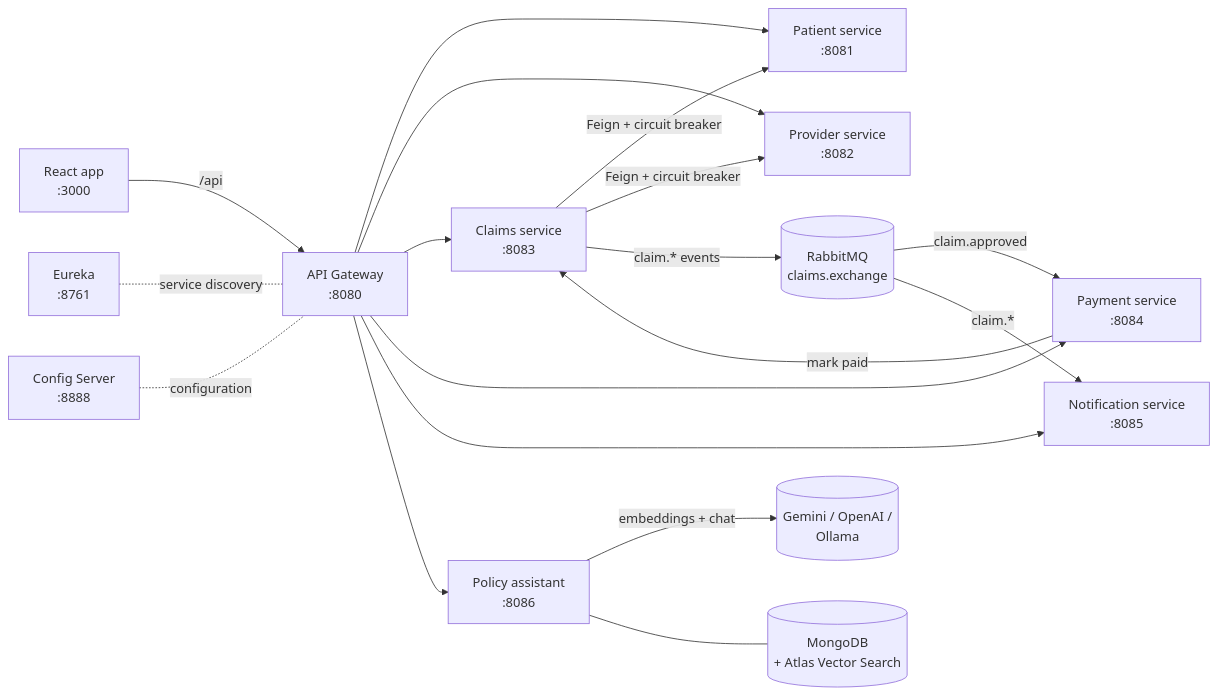
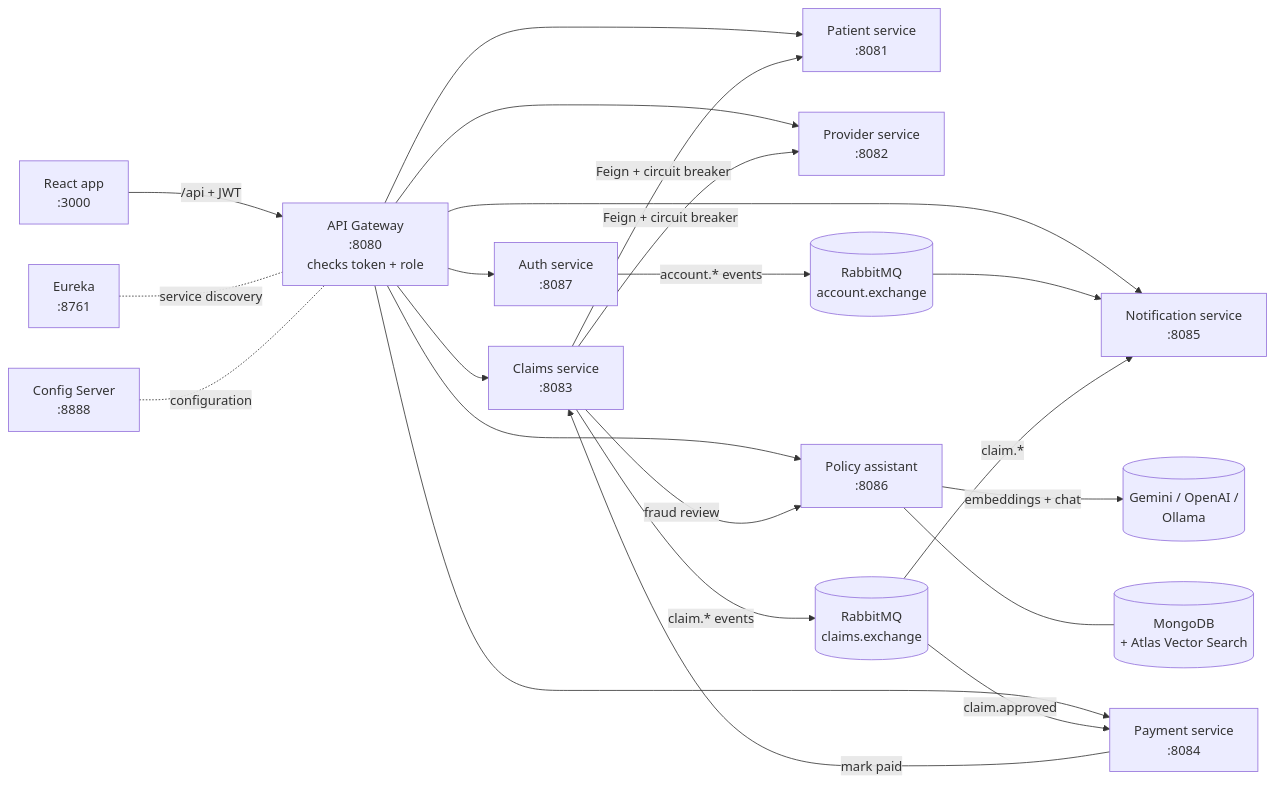
Before and after one commit to DEvARyan77/claimflow: the diagram in README.md, drawn with Mermaid. The commit also changed other lines of this file and 15 other files, not shown here.

First line of the commit message:
Browser demo with accounts and fraud review; Docker, README

````diff
--- a/README.md
+++ b/README.md
@@ -27,20 +35,24 @@
 ```mermaid
 flowchart LR
-    UI[React app<br/>:3000] -->|/api| GW[API Gateway<br/>:8080]
+    UI[React app<br/>:3000] -->|/api + JWT| GW[API Gateway<br/>:8080<br/>checks token + role]
+    GW --> AUTH[Auth service<br/>:8087]
     GW --> PAT[Patient service<br/>:8081]
     GW --> PRO[Provider service<br/>:8082]
     GW --> CLM[Claims service<br/>:8083]
     GW --> PAY[Payment service<br/>:8084]
     GW --> NOT[Notification service<br/>:8085]
     GW --> POL[Policy assistant<br/>:8086]
     POL -- embeddings + chat --> LLM[(Gemini / OpenAI /<br/>Ollama)]
     POL --- VEC[(MongoDB<br/>+ Atlas Vector Search)]
     CLM -- Feign + circuit breaker --> PAT
     CLM -- Feign + circuit breaker --> PRO
+    CLM -- fraud review --> POL
+    AUTH -- account.* events --> MQ2[(RabbitMQ<br/>account.exchange)]
+    MQ2 --> NOT
     CLM -- claim.* events --> MQ[(RabbitMQ<br/>claims.exchange)]
     MQ -- claim.approved --> PAY
     MQ -- claim.* --> NOT
     PAY -- mark paid --> CLM
     EUR[Eureka<br/>:8761] -.service discovery.- GW
     CFG[Config Server<br/>:8888] -.configuration.- GW
 ```
````
